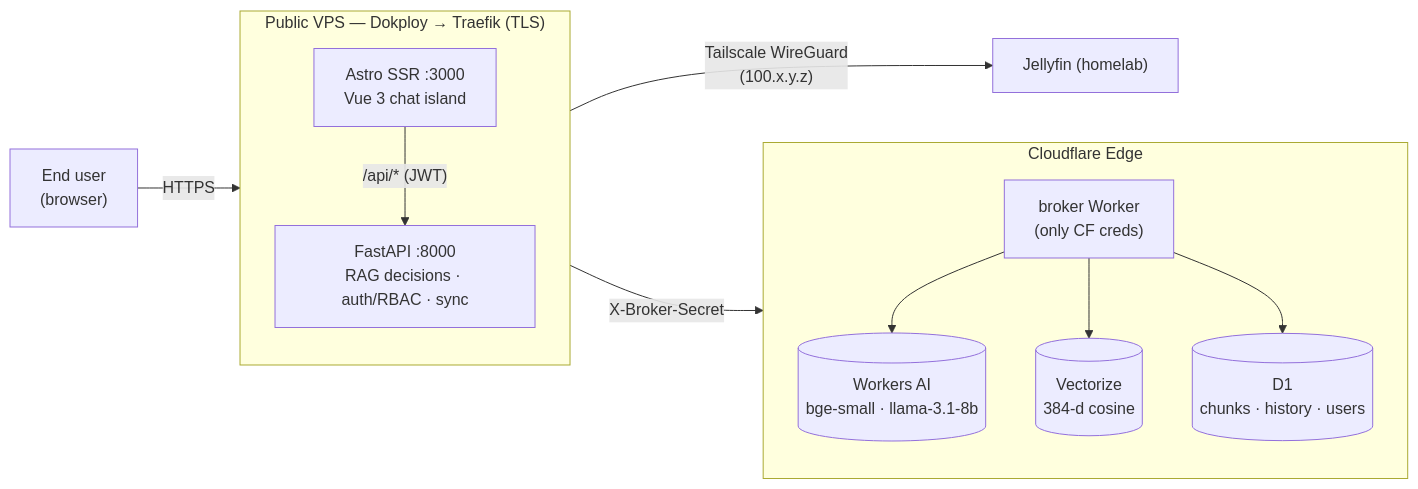
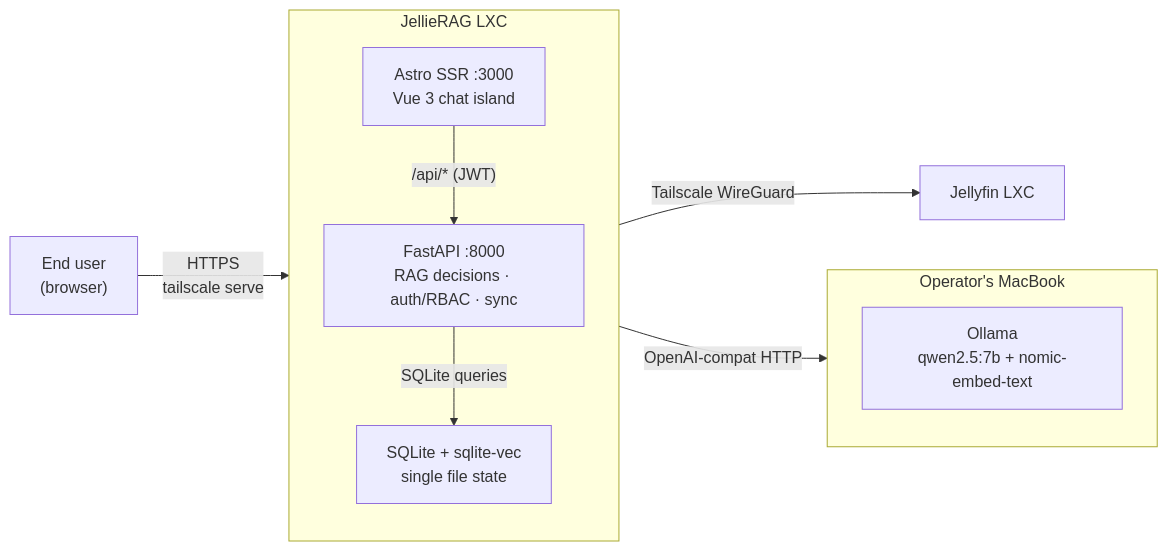
One commit to mbvillaverde/jellirag-with-rbac changed the first of 3 diagrams in README.md. Above: the diagram before and after it, drawn with Mermaid. The commit also changed other lines of this file and 53 other files, not shown here.

````diff
--- a/README.md
+++ b/README.md
@@ -65,28 +67,24 @@
 ```mermaid
 flowchart LR
     User["End user<br/>(browser)"]
 
-    subgraph VPS["Public VPS — Dokploy → Traefik (TLS)"]
+    subgraph LXC["JellieRAG LXC"]
         direction TB
         FE["Astro SSR :3000<br/>Vue 3 chat island"]
         BE["FastAPI :8000<br/>RAG decisions · auth/RBAC · sync"]
+        DB["SQLite + sqlite-vec<br/>single file state"]
     end
 
-    subgraph CF["Cloudflare Edge"]
+    subgraph MacBook["Operator's MacBook"]
         direction TB
-        Broker["broker Worker<br/>(only CF creds)"]
-        AI[("Workers AI<br/>bge-small · llama-3.1-8b")]
-        VEC[("Vectorize<br/>384-d cosine")]
-        D1[("D1<br/>chunks · history · users")]
+        Ollama["Ollama<br/>qwen2.5:7b + nomic-embed-text"]
     end
 
-    JF["Jellyfin (homelab)"]
+    JF["Jellyfin LXC"]
 
-    User -- "HTTPS" --> FE
+    User -- "HTTPS<br/>tailscale serve" --> FE
     FE -- "/api/* (JWT)" --> BE
-    BE -- "X-Broker-Secret" --> Broker
-    Broker --> AI
-    Broker --> VEC
-    Broker --> D1
-    BE -- "Tailscale WireGuard<br/>(100.x.y.z)" --> JF
+    BE -- "SQLite queries" --> DB
+    BE -- "OpenAI-compat HTTP" --> Ollama
+    BE -- "Tailscale WireGuard" --> JF
 ```
````
